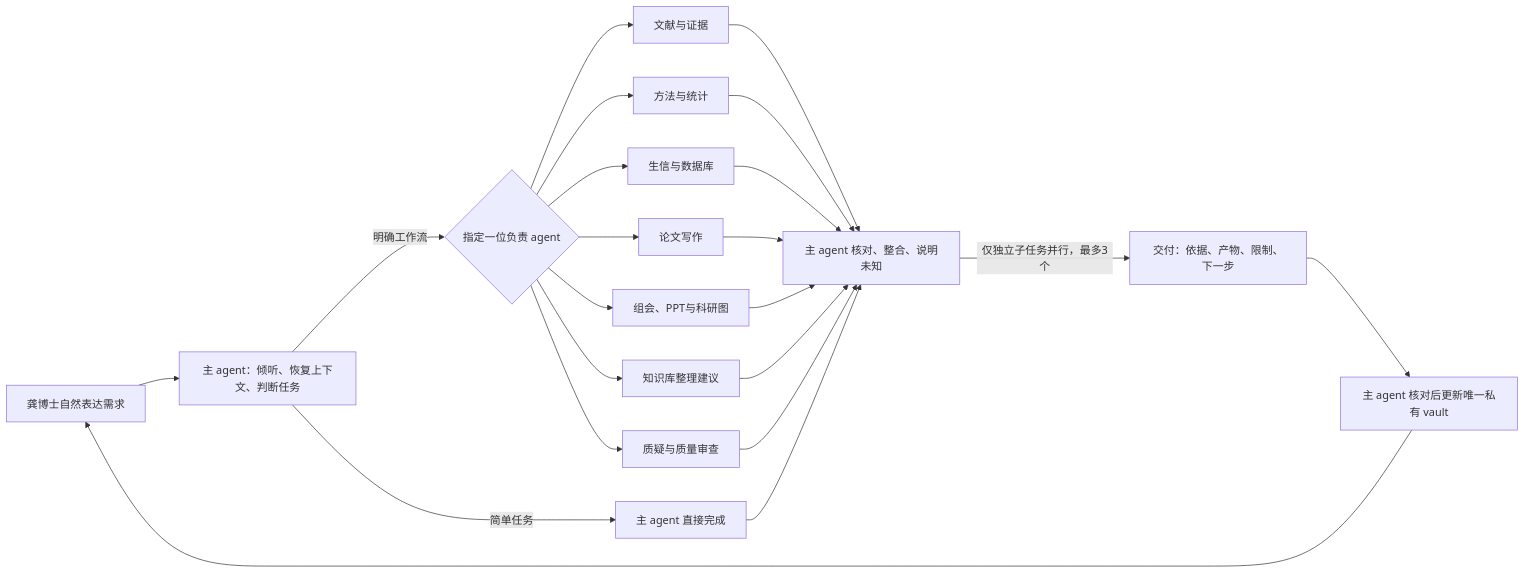
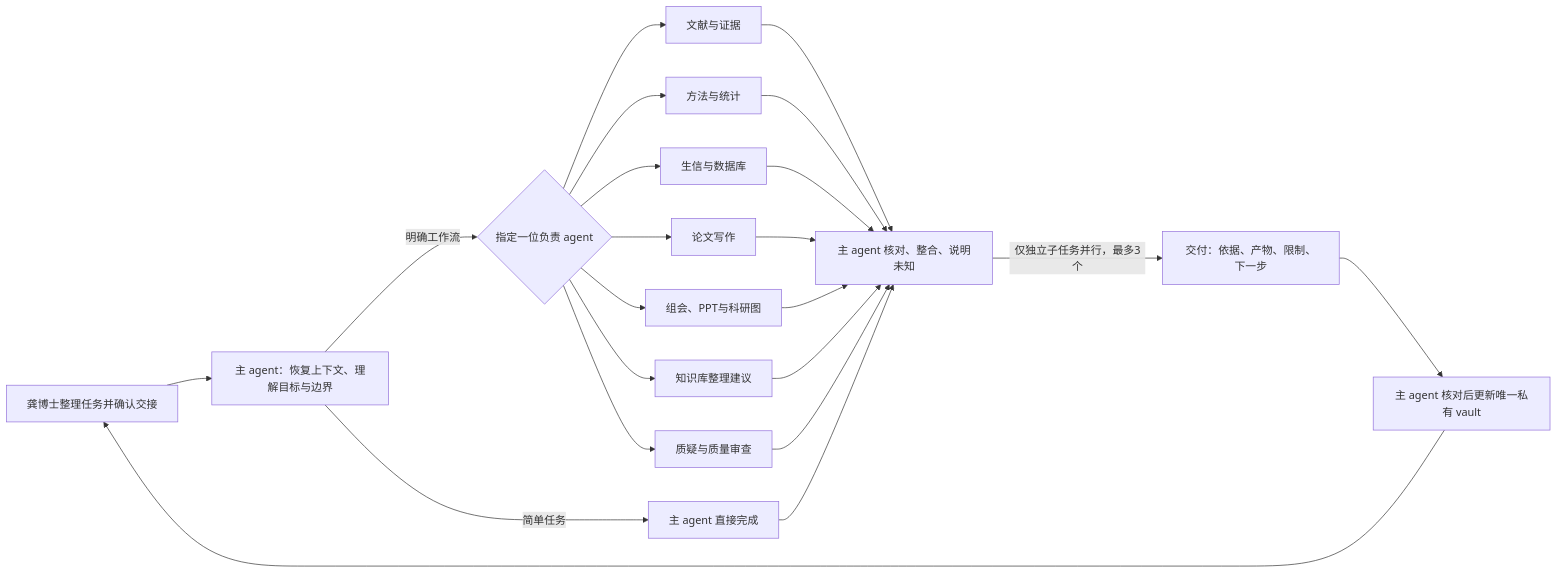
One commit to youir/danta-research-workbench changed the diagram in 08_完整体系架构.md. Above: the diagram before and after it, drawn with Mermaid. The commit also changed other lines of this file and 46 other files, not shown here.

Commit message:
Complete local workbench integration and refresh architecture guides

````diff
--- a/08_完整体系架构.md
+++ b/08_完整体系架构.md
@@ -19,24 +19,24 @@
 ```mermaid
 flowchart LR
-    U[龚博士自然表达需求] --> M[主 agent：倾听、恢复上下文、判断任务]
+    U[龚博士整理任务并确认交接] --> M[主 agent：恢复上下文、理解目标与边界]
     M -->|简单任务| D[主 agent 直接完成]
     M -->|明确工作流| A{指定一位负责 agent}
     A --> E[文献与证据]
     A --> S[方法与统计]
     A --> B[生信与数据库]
     A --> W[论文写作]
     A --> C[组会、PPT与科研图]
     A --> K[知识库整理建议]
     A --> Q[质疑与质量审查]
     E --> R[主 agent 核对、整合、说明未知]
     S --> R
     B --> R
     W --> R
     C --> R
     K --> R
     Q --> R
     D --> R
     R -->|仅独立子任务并行，最多3个| P[交付：依据、产物、限制、下一步]
     P --> H[主 agent 核对后更新唯一私有 vault]
     H --> U
 ```
````
